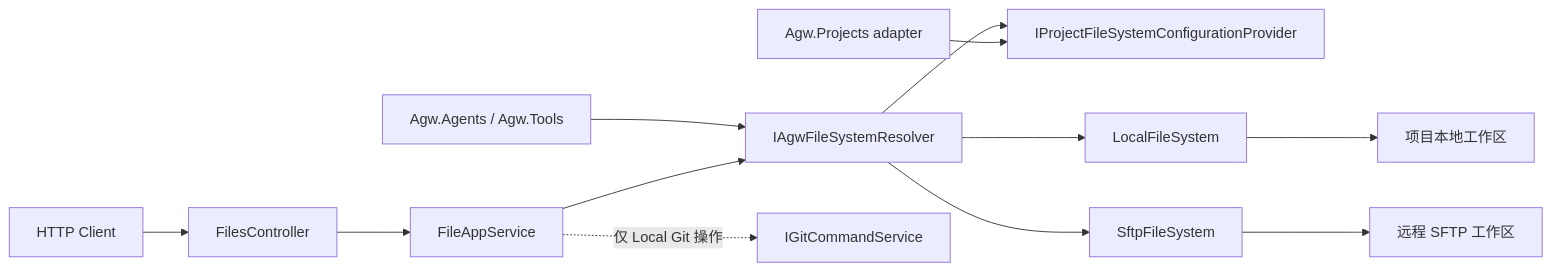
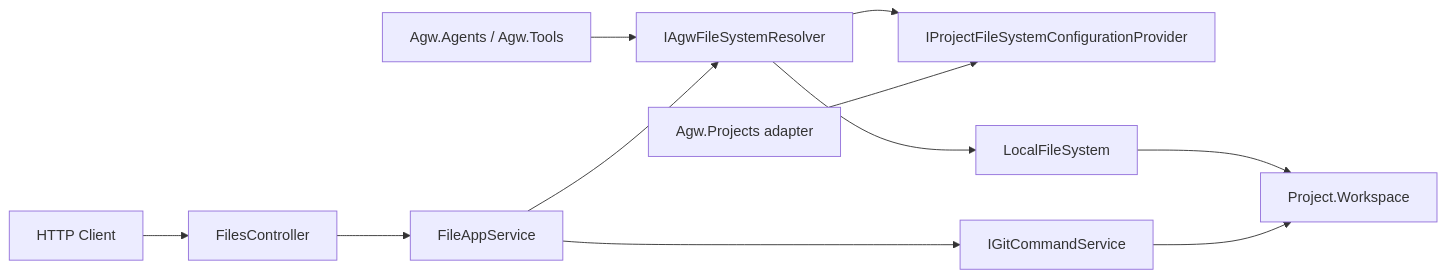
Before and after one commit to zxyao145/agw: the diagram in src/server/Agw.Files/README.zh-CN.md, drawn with Mermaid. The commit also changed other lines of this file and 29 other files, not shown here.

First line of the commit message:
refactor(files): remove sftp storage backend

````diff
--- a/src/server/Agw.Files/README.zh-CN.md
+++ b/src/server/Agw.Files/README.zh-CN.md
@@ -38,14 +30,13 @@
 ```mermaid
 flowchart LR
     Client["HTTP Client"] --> Controller["FilesController"]
     Controller --> AppService["FileAppService"]
     Consumers["Agw.Agents / Agw.Tools"] --> Resolver["IAgwFileSystemResolver"]
     AppService --> Resolver
     Resolver --> Provider["IProjectFileSystemConfigurationProvider"]
     Projects["Agw.Projects adapter"] --> Provider
     Resolver --> Local["LocalFileSystem"]
-    Resolver --> Sftp["SftpFileSystem"]
-    Local --> LocalStorage["项目本地工作区"]
-    Sftp --> RemoteStorage["远程 SFTP 工作区"]
-    AppService -. "仅 Local Git 操作" .-> Git["IGitCommandService"]
+    Local --> Workspace["Project.Workspace"]
+    AppService --> Git["IGitCommandService"]
+    Git --> Workspace
 ```
````
